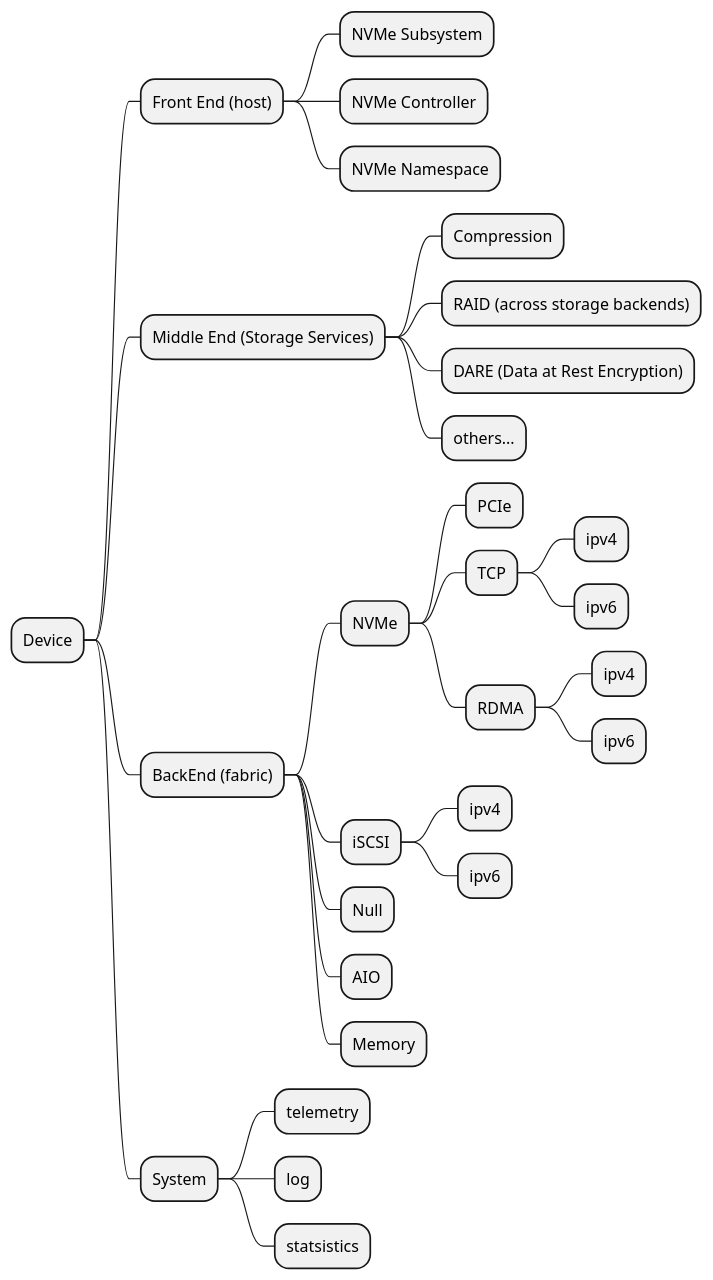
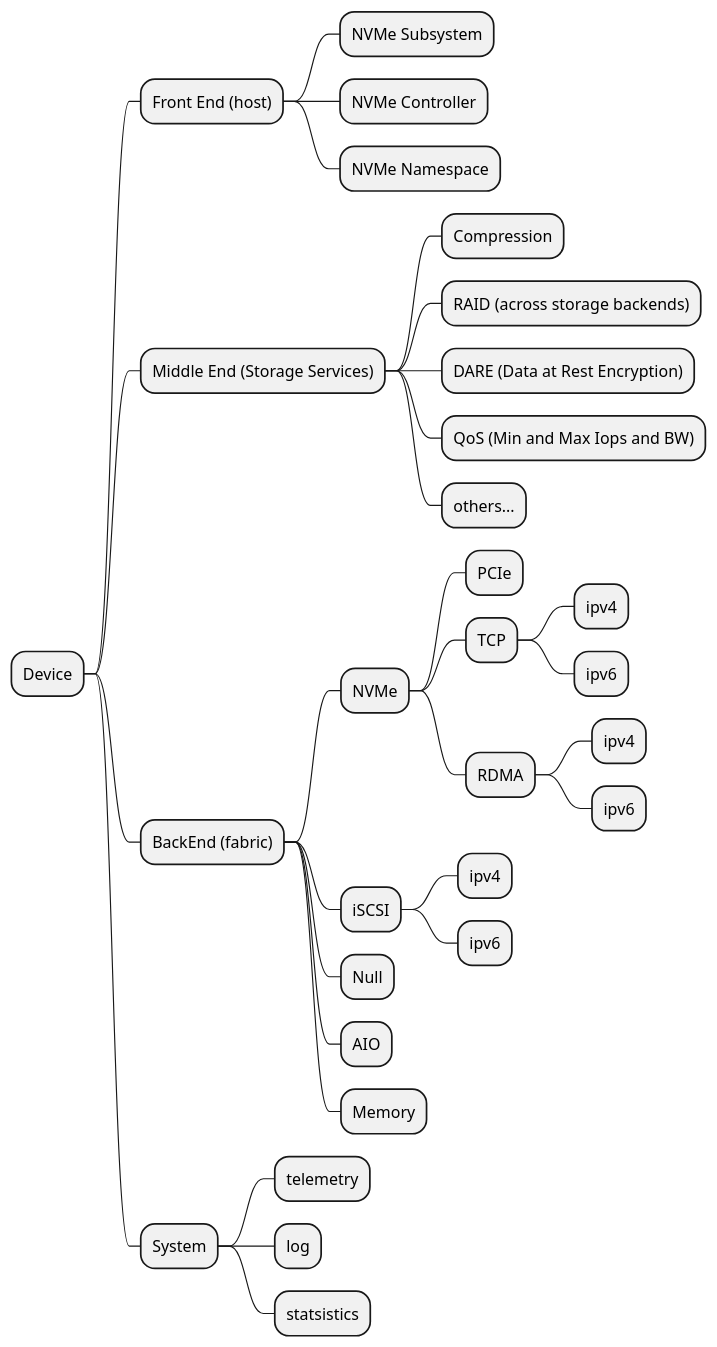
One commit to tedstreete/opi-api changed the diagram in storage/DPU-API-Storage.plantuml. Above: the diagram before and after it, drawn with PlantUML. The commit also changed 1 other file, not shown here.

```diff
--- a/storage/DPU-API-Storage.plantuml
+++ b/storage/DPU-API-Storage.plantuml
@@ -1,31 +1,32 @@
 @startmindmap
 * Device
 ** Front End (host)
 *** NVMe Subsystem
 *** NVMe Controller
 *** NVMe Namespace
 ** Middle End (Storage Services)
 *** Compression
 *** RAID (across storage backends)
 *** DARE (Data at Rest Encryption)
+*** QoS (Min and Max Iops and BW)
 *** others...
 ** BackEnd (fabric)
 *** NVMe
 **** PCIe
 **** TCP
 ***** ipv4
 ***** ipv6
 **** RDMA
 ***** ipv4
 ***** ipv6
 *** iSCSI
 **** ipv4
 **** ipv6
 *** Null
 *** AIO
 *** Memory
 ** System
 *** telemetry
 *** log
 *** statsistics
 @endmindmap
```
